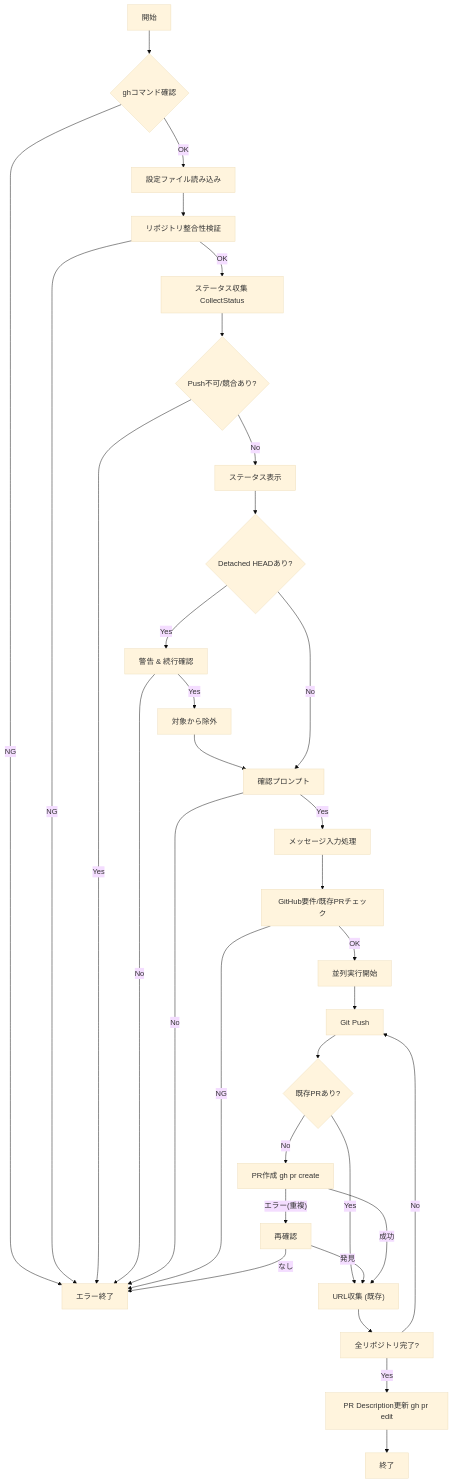
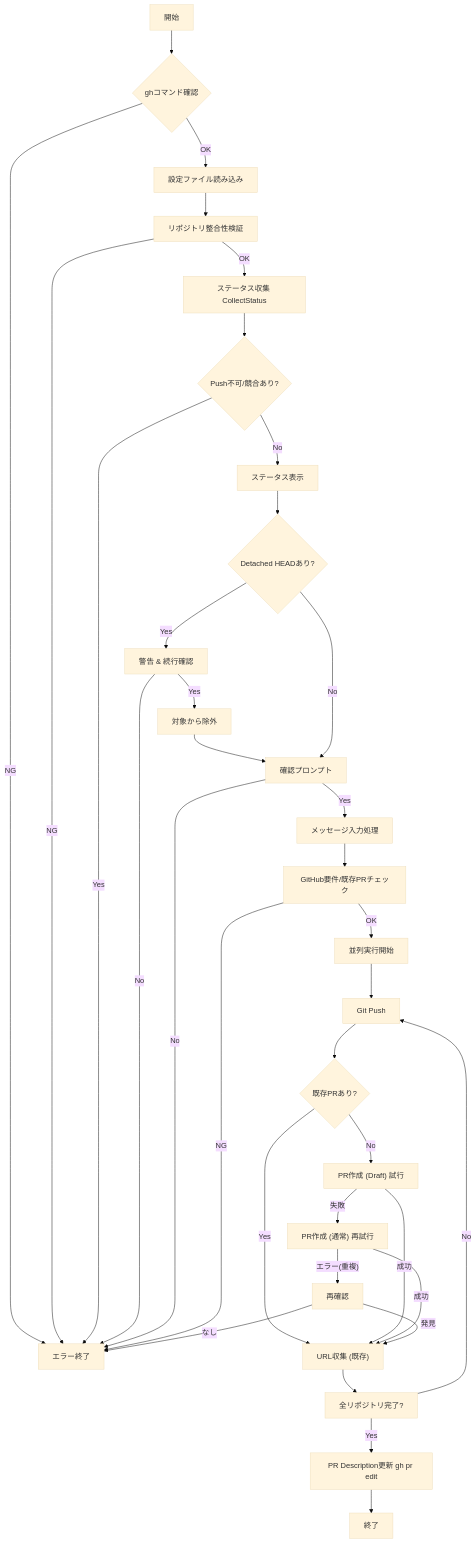
One commit to keiji/mistletoe changed the diagram in docs/internal/app/pr_create.md. Above: the diagram before and after it, drawn with Mermaid (base theme). The commit also changed other lines of this file, not shown here.

Commit message:
Prioritize draft creation in pr command

````diff
--- a/docs/internal/app/pr_create.md
+++ b/docs/internal/app/pr_create.md
@@ -66,35 +68,37 @@
 ```mermaid
 flowchart TD
     A["開始"] --> B{"ghコマンド確認"}
     B -- OK --> C["設定ファイル読み込み"]
     B -- NG --> Z["エラー終了"]
     C --> D["リポジトリ整合性検証"]
     D -- OK --> E["ステータス収集 CollectStatus"]
     D -- NG --> Z
     E --> F{"Push不可/競合あり?"}
     F -- Yes --> Z
     F -- No --> G["ステータス表示"]
     G --> H{"Detached HEADあり?"}
     H -- Yes --> I["警告 & 続行確認"]
     I -- No --> Z
     I -- Yes --> J_EXCL["対象から除外"]
     J_EXCL --> J["確認プロンプト"]
     H -- No --> J
     J -- No --> Z
     J -- Yes --> MSG["メッセージ入力処理"]
     MSG --> K["GitHub要件/既存PRチェック"]
     K -- NG --> Z
     K -- OK --> L["並列実行開始"]
     L --> M["Git Push"]
     M --> N{"既存PRあり?"}
     N -- Yes --> O["URL収集 (既存)"]
-    N -- No --> P["PR作成 gh pr create"]
-    P -- "エラー(重複)" --> Q["再確認"]
+    N -- No --> P_DRAFT["PR作成 (Draft) 試行"]
+    P_DRAFT -- "成功" --> O
+    P_DRAFT -- "失敗" --> P_NORMAL["PR作成 (通常) 再試行"]
+    P_NORMAL -- "成功" --> O
+    P_NORMAL -- "エラー(重複)" --> Q["再確認"]
     Q -- "発見" --> O
     Q -- "なし" --> Z
-    P -- "成功" --> O
     O --> R["全リポジトリ完了?"]
     R -- No --> M
     R -- Yes --> S["PR Description更新 gh pr edit"]
     S --> T["終了"]
 ```
````
